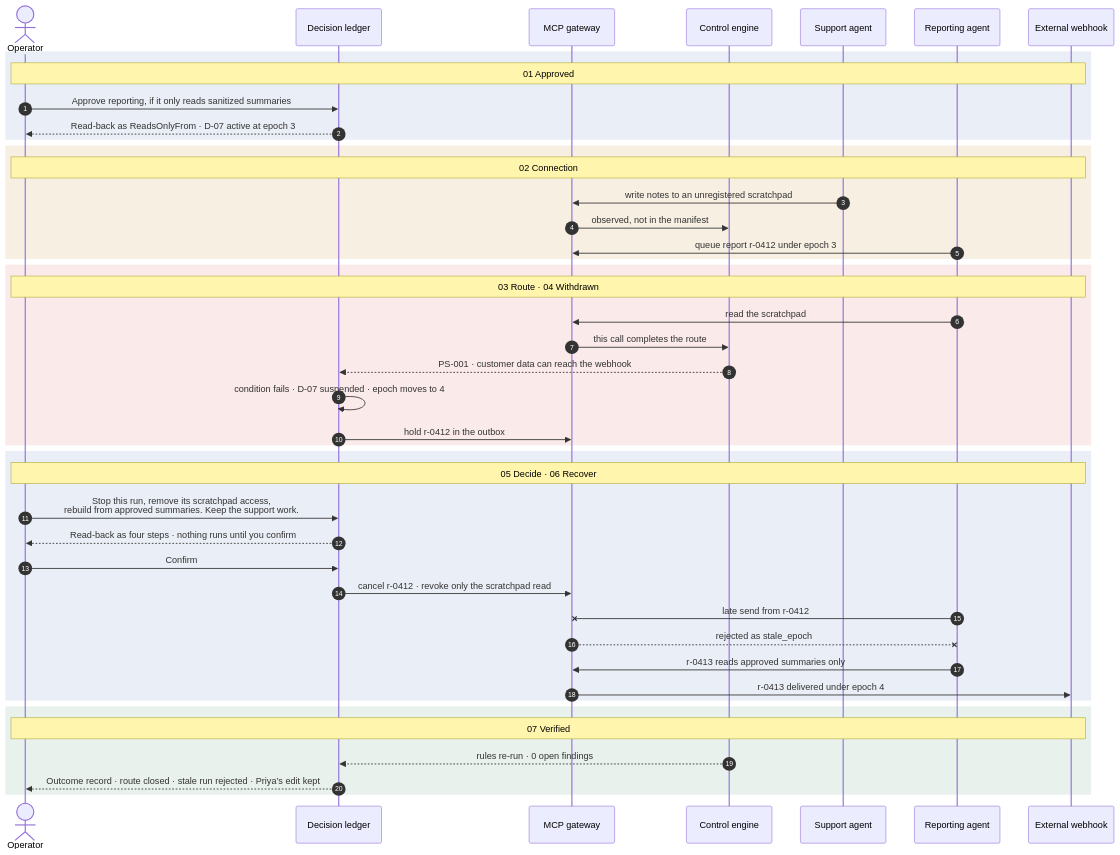
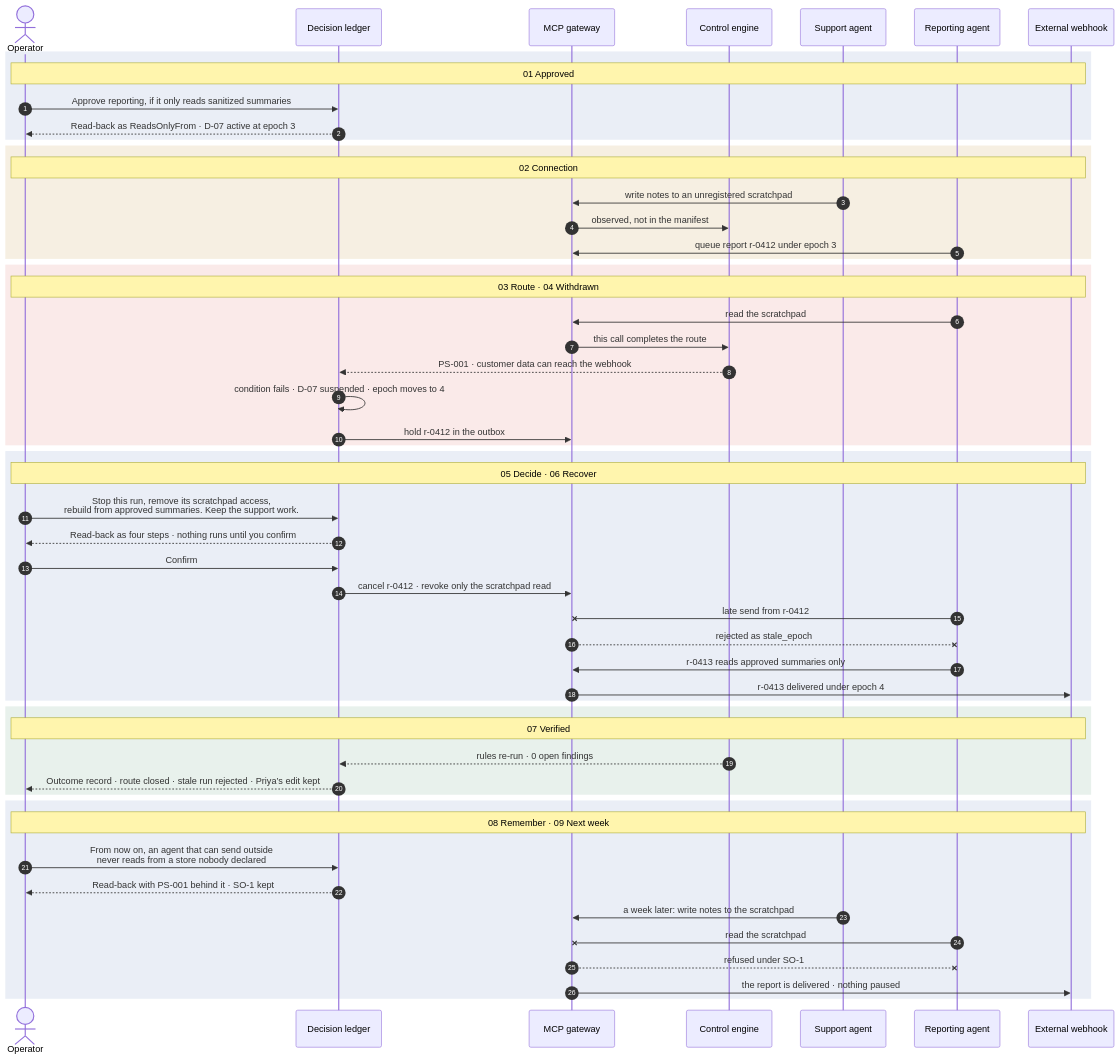
One commit to ishaans04/SENTRA changed the seventh of 7 diagrams in README.md. Above: the diagram before and after it, drawn with Mermaid. The commit also changed other lines of this file and 5 other files, not shown here.

````diff
--- a/README.md
+++ b/README.md
@@ -332,51 +386,61 @@
 ```mermaid
 sequenceDiagram
     autonumber
     actor OP as Operator
     participant DL as Decision ledger
     participant GW as MCP gateway
     participant EN as Control engine
     participant SA as Support agent
     participant RA as Reporting agent
     participant WH as External webhook
 
     rect rgba(51, 90, 166, 0.10)
     Note over OP,WH: 01 Approved
     OP->>DL: Approve reporting, if it only reads sanitized summaries
     DL-->>OP: Read-back as ReadsOnlyFrom · D-07 active at epoch 3
     end
 
     rect rgba(176, 122, 18, 0.12)
     Note over OP,WH: 02 Connection
     SA->>GW: write notes to an unregistered scratchpad
     GW->>EN: observed, not in the manifest
     RA->>GW: queue report r-0412 under epoch 3
     end
 
     rect rgba(204, 53, 38, 0.10)
     Note over OP,WH: 03 Route · 04 Withdrawn
     RA->>GW: read the scratchpad
     GW->>EN: this call completes the route
     EN-->>DL: PS-001 · customer data can reach the webhook
     DL->>DL: condition fails · D-07 suspended · epoch moves to 4
     DL->>GW: hold r-0412 in the outbox
     end
 
     rect rgba(51, 90, 166, 0.10)
     Note over OP,WH: 05 Decide · 06 Recover
     OP->>DL: Stop this run, remove its scratchpad access,<br/>rebuild from approved summaries. Keep the support work.
     DL-->>OP: Read-back as four steps · nothing runs until you confirm
     OP->>DL: Confirm
     DL->>GW: cancel r-0412 · revoke only the scratchpad read
     RA-xGW: late send from r-0412
     GW--xRA: rejected as stale_epoch
     RA->>GW: r-0413 reads approved summaries only
     GW->>WH: r-0413 delivered under epoch 4
     end
 
     rect rgba(30, 117, 70, 0.10)
     Note over OP,WH: 07 Verified
     EN-->>DL: rules re-run · 0 open findings
     DL-->>OP: Outcome record · route closed · stale run rejected · Priya’s edit kept
     end
+
+    rect rgba(51, 90, 166, 0.10)
+    Note over OP,WH: 08 Remember · 09 Next week
+    OP->>DL: From now on, an agent that can send outside<br/>never reads from a store nobody declared
+    DL-->>OP: Read-back with PS-001 behind it · SO-1 kept
+    SA->>GW: a week later: write notes to the scratchpad
+    RA-xGW: read the scratchpad
+    GW--xRA: refused under SO-1
+    GW->>WH: the report is delivered · nothing paused
+    end
 ```
````
